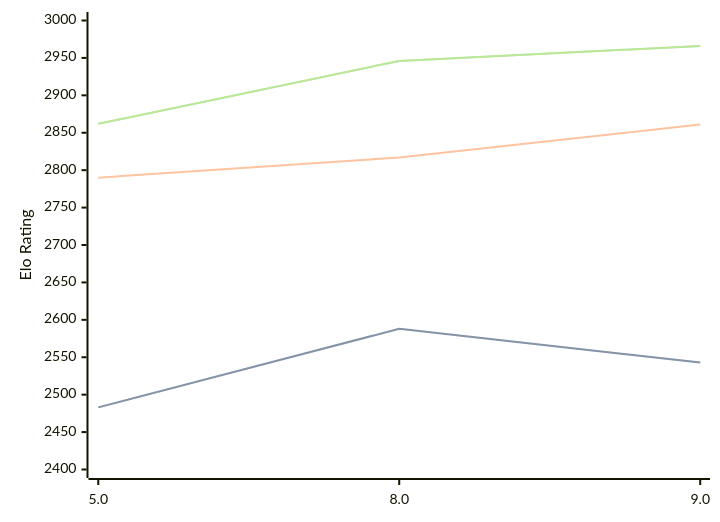
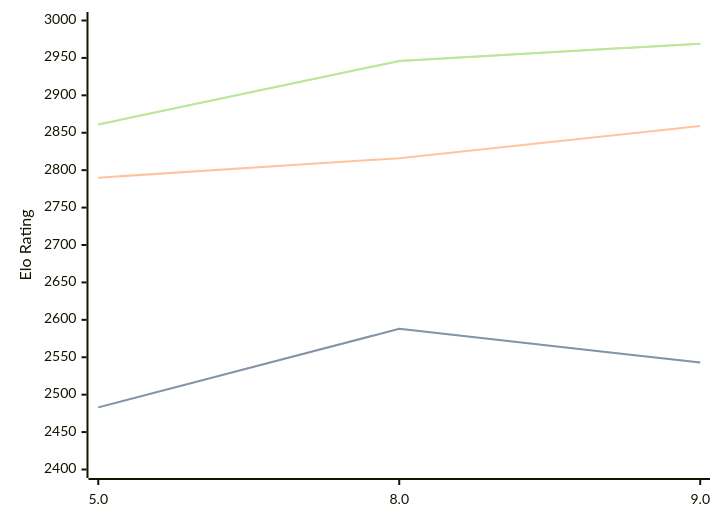
The diagram in engines/4kc.md (computer-chess-index/cci), drawn with Mermaid before and after one commit. The commit also changed other lines of this file, not shown here.

Commit message:
Update CCI Ratings (ELO VLTC) - 2026-09-11

````diff
--- a/engines/4kc.md
+++ b/engines/4kc.md
@@ -33,11 +33,11 @@
 ```mermaid
 %%{init: {"theme":"base","themeVariables":{"seriesColors:['#a3a3a3','#222221','#faa371']}}}%%
 xychart-beta
   x-axis ["5.0", "8.0", "9.0"]
   y-axis "Elo Rating" 2400 --> 3000
   line "" [2483, 2588, 2543]
   line "STC (8.0+0.08s)" [2483, 2588, 2543]
-  line "LTC (60.0+0.60s)" [2790, 2817, 2861]
-  line "" [2862, 2946, 2966]
-  line "VLTC (2m24s+1.12s)" [2862, 2946, 2966]
+  line "LTC (60.0+0.60s)" [2790, 2816, 2859]
+  line "" [2861, 2946, 2969]
+  line "VLTC (2m24s+1.12s)" [2861, 2946, 2969]
 ```
````
